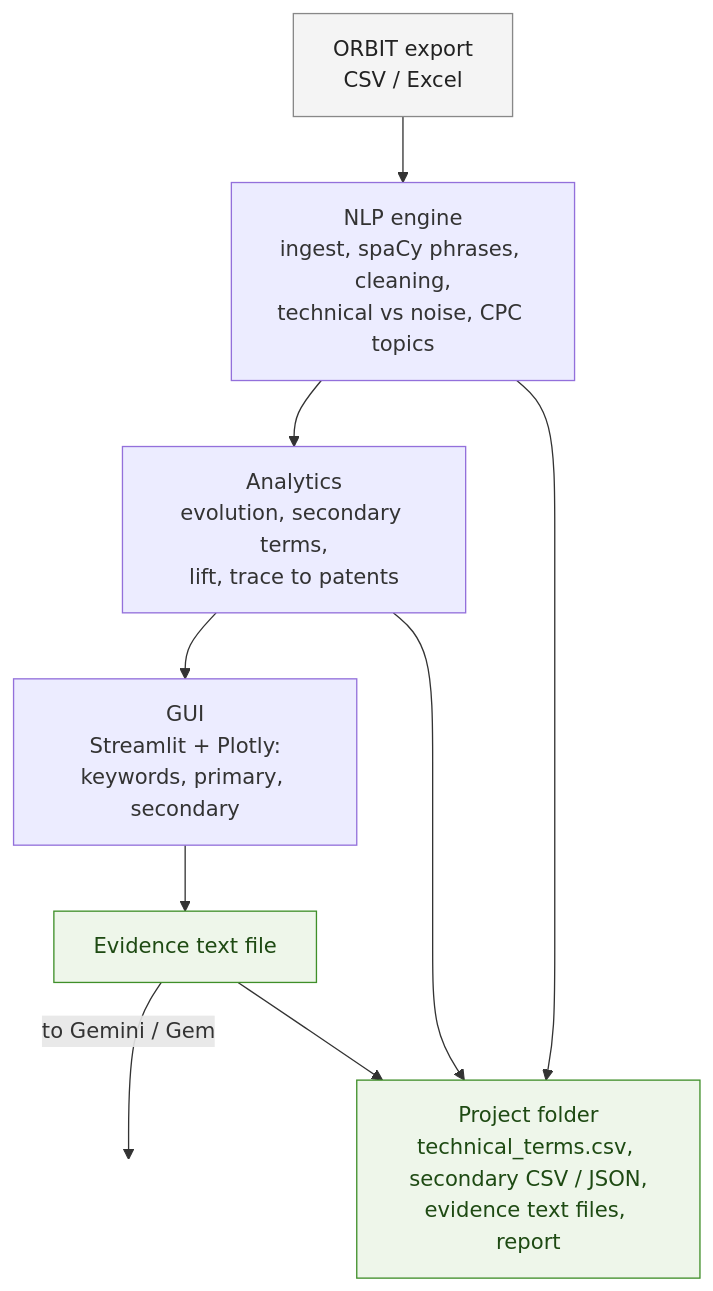
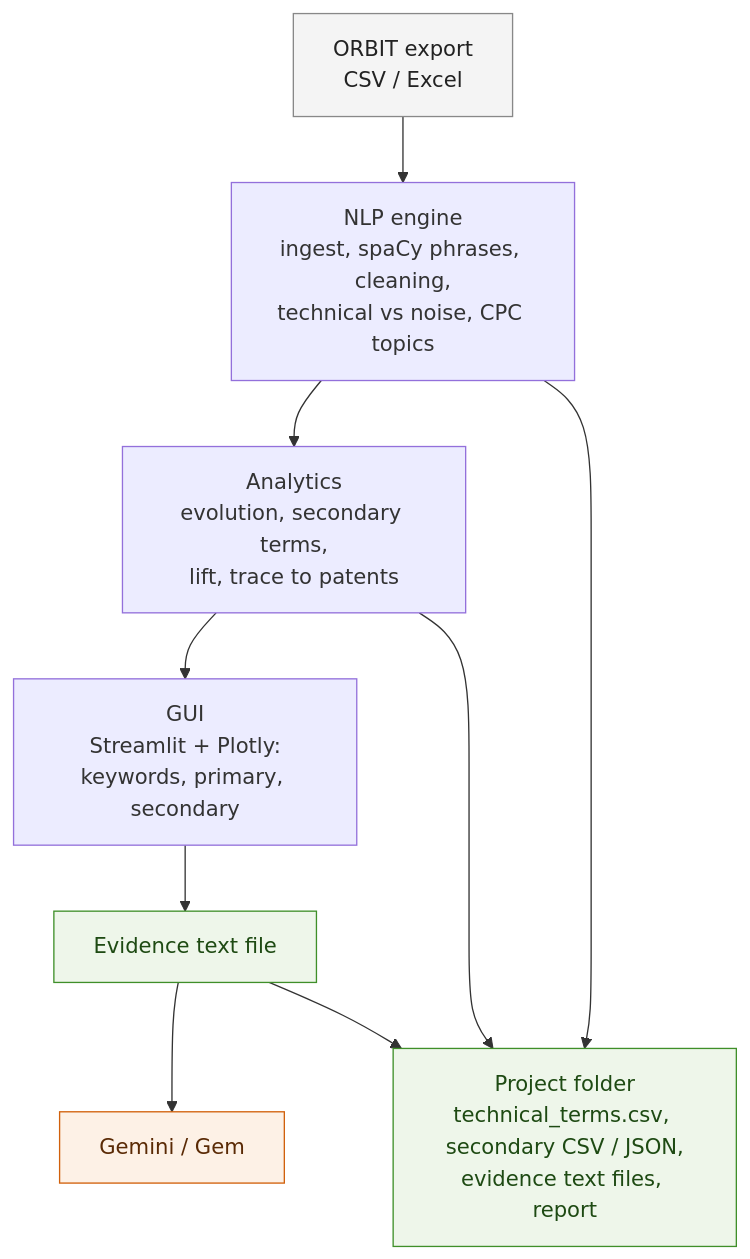
Before and after one commit to szed0/random: the diagram in diagrams/architecture.mmd, drawn with Mermaid. The commit also changed 1 other file, not shown here.

Commit message:
Point the evidence text file arrow at a Gemini / Gem block

```diff
--- a/diagrams/architecture.mmd
+++ b/diagrams/architecture.mmd
@@ -1,22 +1,22 @@
 flowchart TB
     exportfile["ORBIT export<br/>CSV / Excel"]
     engine["NLP engine<br/>ingest, spaCy phrases, cleaning,<br/>technical vs noise, CPC topics"]
     analytics["Analytics<br/>evolution, secondary terms,<br/>lift, trace to patents"]
     gui["GUI<br/>Streamlit + Plotly:<br/>keywords, primary, secondary"]
     evidence["Evidence text file"]
-    togemini[" "]
+    gem["Gemini / Gem"]
     folder["Project folder<br/>technical_terms.csv, secondary CSV / JSON,<br/>evidence text files, report"]
 
     exportfile --> engine --> analytics --> gui
     gui --> evidence
-    evidence -- "to Gemini / Gem" --> togemini
+    evidence --> gem
     engine --> folder
     analytics --> folder
     evidence --> folder
 
     classDef ext fill:#f4f4f4,stroke:#888,color:#222
     classDef file fill:#eef6ea,stroke:#3f8f29,color:#1e4a13
-    classDef hidden fill:none,stroke:none,color:transparent
+    classDef gem fill:#fdf1e6,stroke:#d1600a,color:#5a2a05
     class exportfile ext
     class evidence,folder file
-    class togemini hidden
+    class gem gem
```
